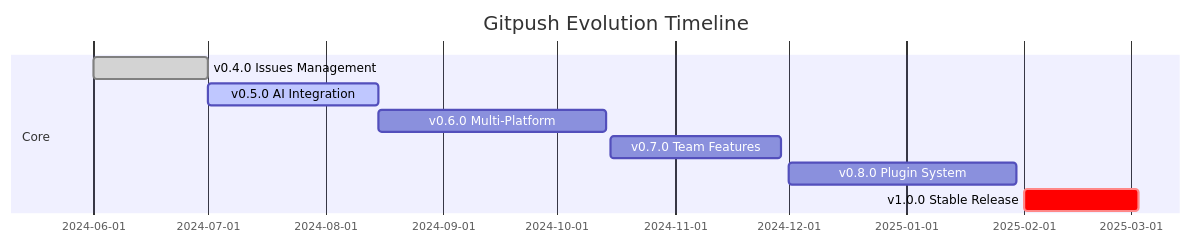
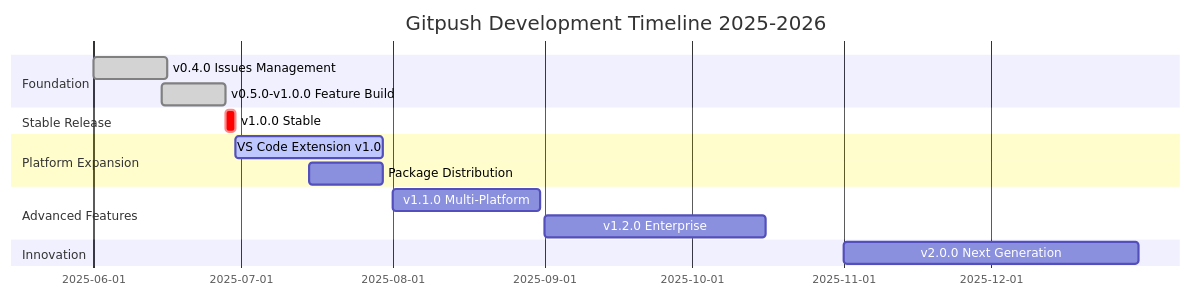
Before and after one commit to Karlblock/gopush: the diagram in ROADMAP.md, drawn with Mermaid. The commit also changed other lines of this file, not shown here.

First line of the commit message:
docs: update roadmap for 2025-2026 timeline

````diff
--- a/ROADMAP.md
+++ b/ROADMAP.md
@@ -14,12 +15,22 @@
 ```mermaid
 gantt
-    title Gitpush Evolution Timeline
+    title Gitpush Development Timeline 2025-2026
     dateFormat  YYYY-MM-DD
-    section Core
-    v0.4.0 Issues Management    :done,    2024-06-01, 30d
-    v0.5.0 AI Integration       :active,  2024-07-01, 45d
-    v0.6.0 Multi-Platform       :         2024-08-15, 60d
-    v0.7.0 Team Features        :         2024-10-15, 45d
-    v0.8.0 Plugin System        :         2024-12-01, 60d
-    v1.0.0 Stable Release       :crit,    2025-02-01, 30d
+    section Foundation
+    v0.4.0 Issues Management     :done,    2025-06-01, 15d
+    v0.5.0-v1.0.0 Feature Build  :done,    2025-06-15, 13d
+    
+    section Stable Release
+    v1.0.0 Stable                :crit,    2025-06-28, 2d
+    
+    section Platform Expansion
+    VS Code Extension v1.0       :active,  2025-06-30, 30d
+    Package Distribution         :         2025-07-15, 15d
+    
+    section Advanced Features
+    v1.1.0 Multi-Platform        :         2025-08-01, 30d
+    v1.2.0 Enterprise            :         2025-09-01, 45d
+    
+    section Innovation
+    v2.0.0 Next Generation       :         2025-11-01, 60d
 ```
````
